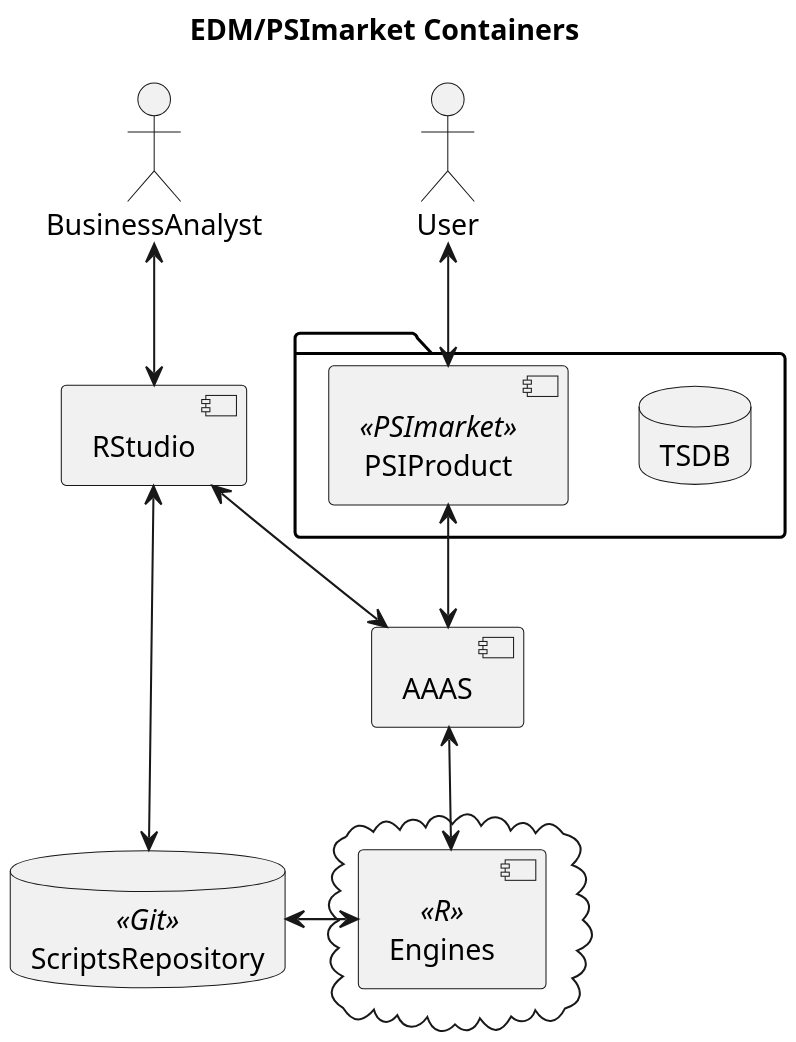
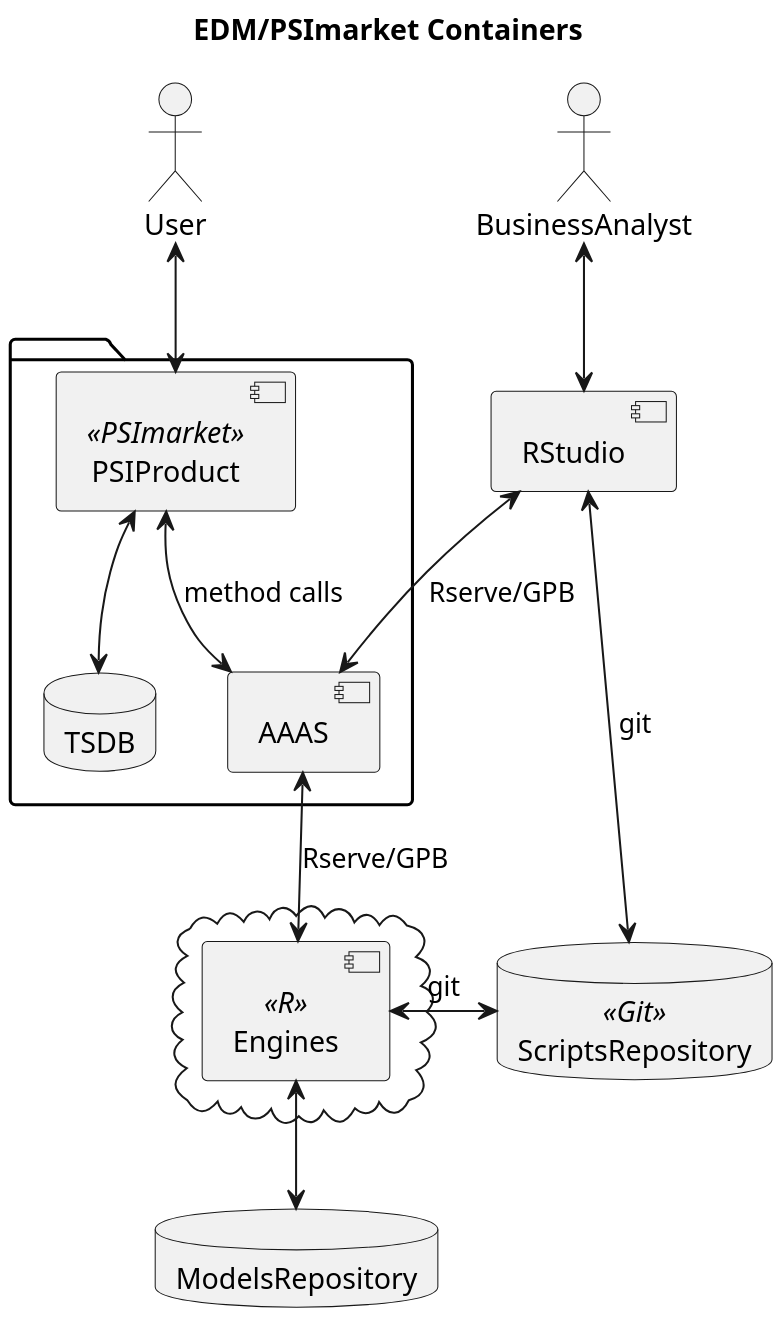
One commit to PSI-Polska/aaas-java6 changed the diagram in doc/4c/2.1 EDM Containers.plantuml. Above: the diagram before and after it, drawn with PlantUML. The commit also changed 10 other files, not shown here.

```diff
--- a/doc/4c/2.1 EDM Containers.plantuml
+++ b/doc/4c/2.1 EDM Containers.plantuml
@@ -1,35 +1,31 @@
 @startuml
 skinparam dpi 200
 skinparam backgroundColor transparent
 
 title EDM/PSImarket Containers
 
 actor User
 actor BusinessAnalyst as BA
 package {
     database TSDB as tsdb
     component PSIProduct as PSI <<PSImarket>>
+    component AAAS as 3as
 }
 component RStudio as rstdio
 database ScriptsRepository as scripts <<Git>>
-component AAAS as 3as
 cloud {
     component Engines as engine <<R>>
 }
-
-' Answers:
-' * Data (TS) is provided by PSImarket and passed through 3AS to R
-' * Communication is done synchronously with method calls - tight integration
-' * Scripts are available for both, RStudio and R through Git repository
-' * Use case from Rstudio works exaclty the same way as Use case from product
-' * Engines, Scripts repository are dockerized, ready to be run on k8s or openshift
+database ModelsRepository as models
 
 User <--> PSI
 BA <--> rstdio
-rstdio <--> scripts
-PSI <--> 3as
-rstdio <--> 3as
-3as <--> engine
-engine <-right-> scripts
+rstdio <--> scripts : git
+PSI <--> tsdb
+PSI <--> 3as : method calls
+rstdio <--> 3as : Rserve/GPB
+3as <--> engine : Rserve/GPB
+engine <-right-> scripts : git
+engine <--> models
 
 @enduml
```
